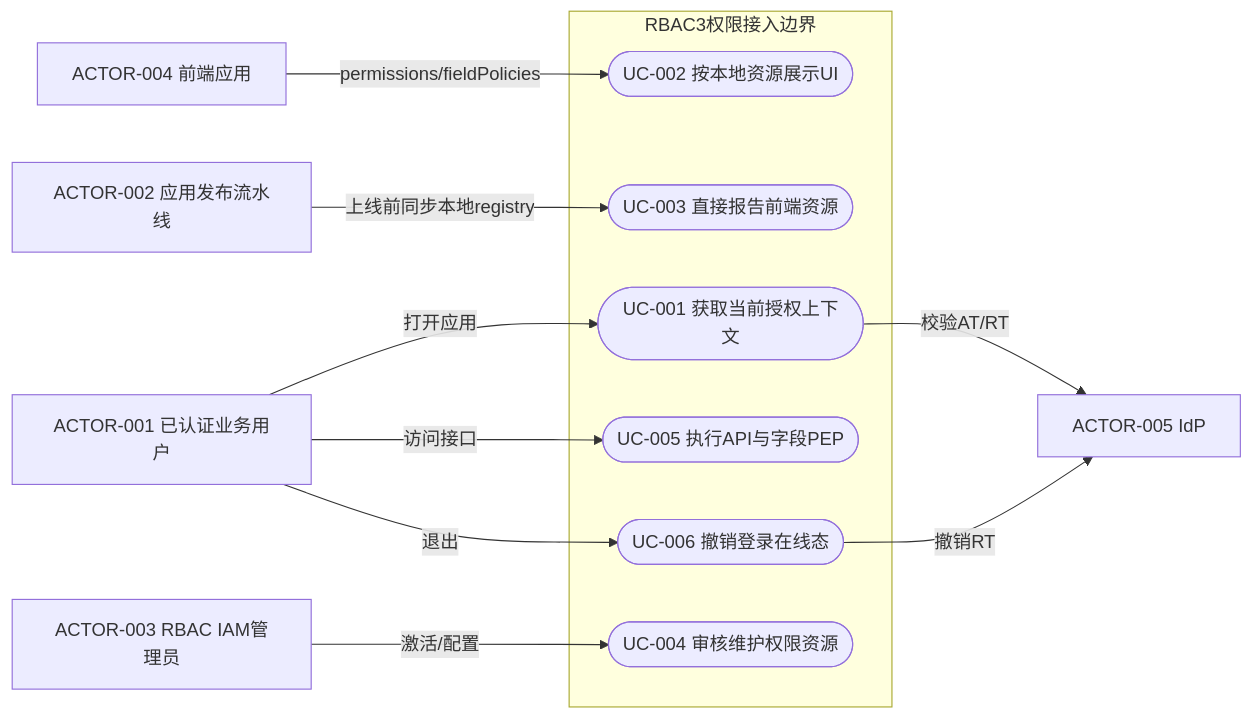
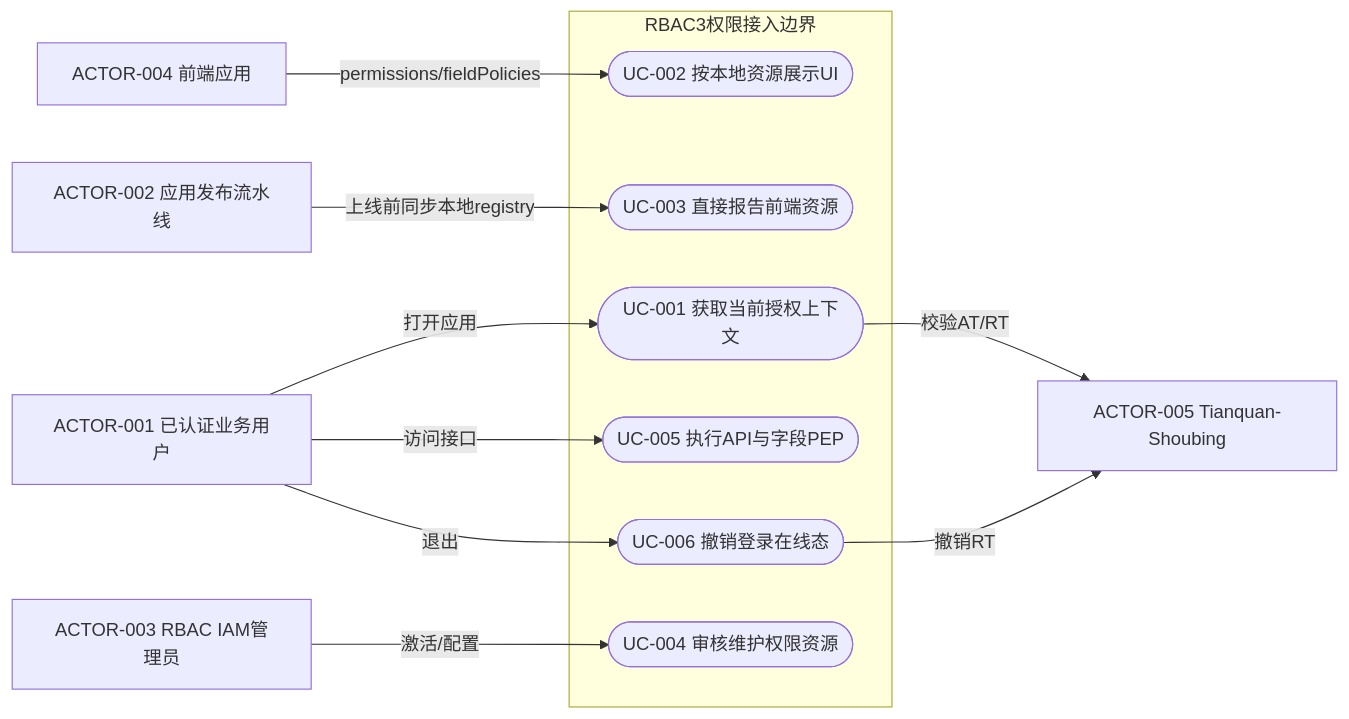
One commit to AllenDEricDAlexander/Egon-COLA changed the first of 7 diagrams in docs/egon/spec/2026-08-17-09-37-rbac3-annotation-userdetails-field-authorization.md. Above: the diagram before and after it, drawn with Mermaid. The commit also changed other lines of this file and 233 other files, not shown here.

````diff
--- a/docs/egon/spec/2026-08-17-09-37-rbac3-annotation-userdetails-field-authorization.md
+++ b/docs/egon/spec/2026-08-17-09-37-rbac3-annotation-userdetails-field-authorization.md
@@ -185,26 +185,26 @@
 ```mermaid
 flowchart LR
     User["ACTOR-001 已认证业务用户"]
     Reporter["ACTOR-002 应用发布流水线"]
     Admin["ACTOR-003 RBAC IAM管理员"]
     Web["ACTOR-004 前端应用"]
-    IdP["ACTOR-005 IdP"]
+    Tianquan-Shoubing["ACTOR-005 Tianquan-Shoubing"]
 
     subgraph Scope["RBAC3权限接入边界"]
         UC001(["UC-001 获取当前授权上下文"])
         UC002(["UC-002 按本地资源展示UI"])
         UC003(["UC-003 直接报告前端资源"])
         UC004(["UC-004 审核维护权限资源"])
         UC005(["UC-005 执行API与字段PEP"])
         UC006(["UC-006 撤销登录在线态"])
     end
 
     User -->|"打开应用"| UC001
-    UC001 -->|"校验AT/RT"| IdP
+    UC001 -->|"校验AT/RT"| Tianquan-Shoubing
     Web -->|"permissions/fieldPolicies"| UC002
     User -->|"访问接口"| UC005
     Reporter -->|"上线前同步本地registry"| UC003
     Admin -->|"激活/配置"| UC004
     User -->|"退出"| UC006
-    UC006 -->|"撤销RT"| IdP
+    UC006 -->|"撤销RT"| Tianquan-Shoubing
 ```
````
